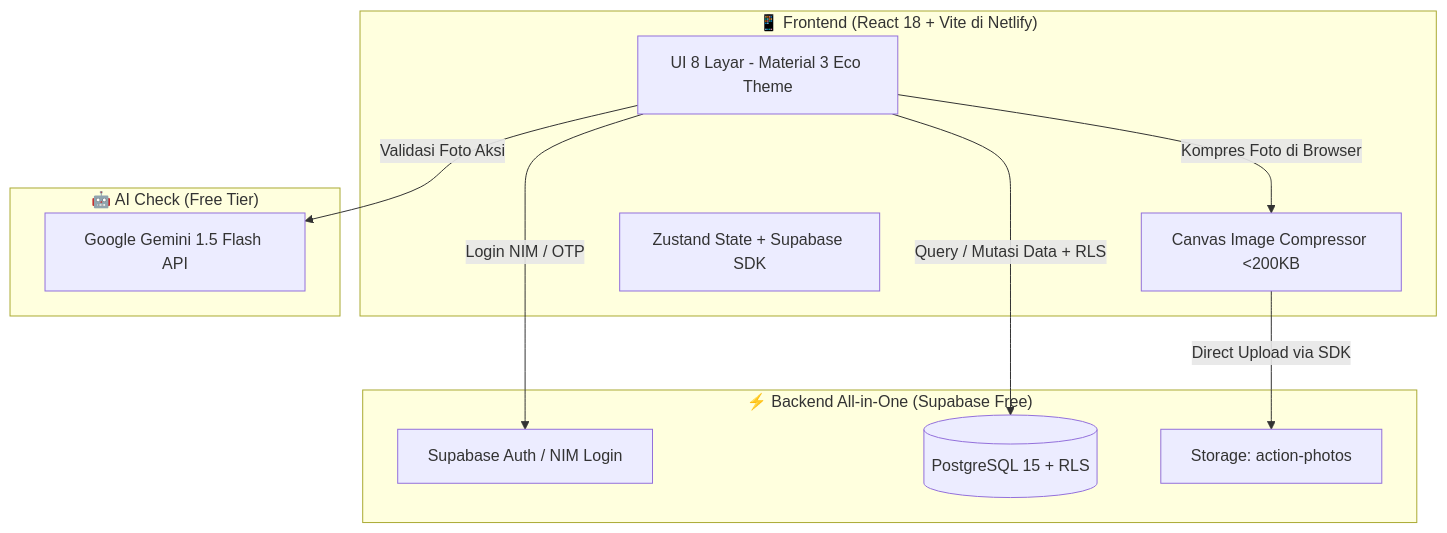
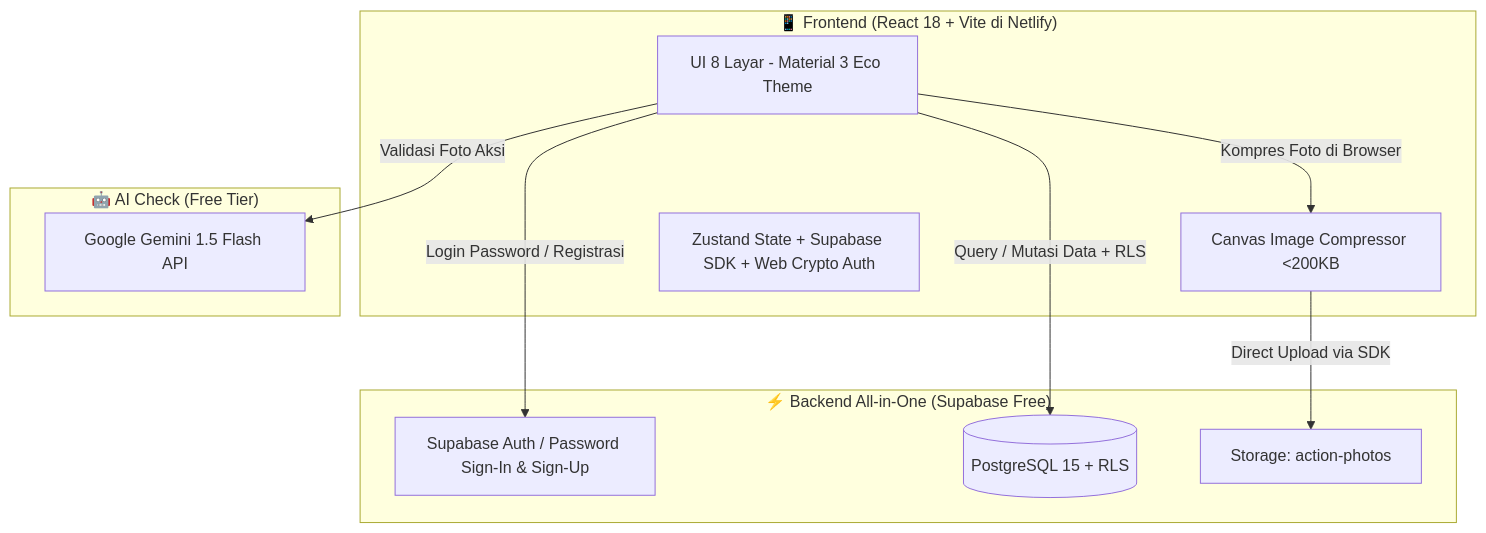
The first of 2 diagrams in docs/MVP_IMPLEMENTATION_CHECKLIST.md (FY72X9/i-can-app), drawn with Mermaid before and after one commit. The commit also changed other lines of this file and 35 other files, not shown here.

Commit message:
feat: implement authentication service and UI pages with generated knowledge graph documentation

````diff
--- a/docs/MVP_IMPLEMENTATION_CHECKLIST.md
+++ b/docs/MVP_IMPLEMENTATION_CHECKLIST.md
@@ -28,24 +28,24 @@
 ```mermaid
 flowchart TD
     subgraph Client["📱 Frontend (React 18 + Vite di Netlify)"]
         UI[UI 8 Layar - Material 3 Eco Theme]
         Canvas[Canvas Image Compressor <200KB]
-        Store[Zustand State + Supabase SDK]
+        Store[Zustand State + Supabase SDK + Web Crypto Auth]
     end
 
     subgraph SupabaseCloud["⚡ Backend All-in-One (Supabase Free)"]
-        Auth[Supabase Auth / NIM Login]
+        Auth[Supabase Auth / Password Sign-In & Sign-Up]
         DB[(PostgreSQL 15 + RLS)]
         Storage[Storage: action-photos]
     end
 
     subgraph AI["🤖 AI Check (Free Tier)"]
         Gemini[Google Gemini 1.5 Flash API]
     end
 
     UI -->|Kompres Foto di Browser| Canvas
     Canvas -->|Direct Upload via SDK| Storage
     UI -->|Query / Mutasi Data + RLS| DB
-    UI -->|Login NIM / OTP| Auth
+    UI -->|Login Password / Registrasi| Auth
     UI -->|Validasi Foto Aksi| Gemini
 ```
````
